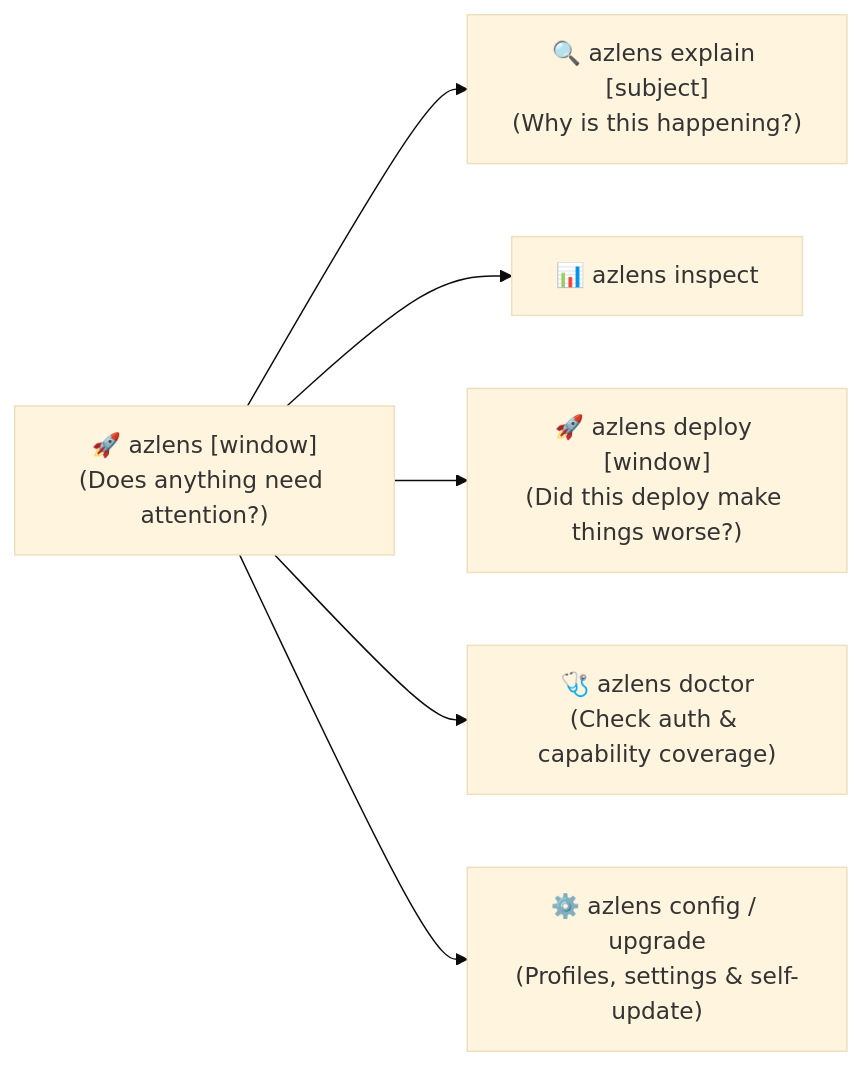
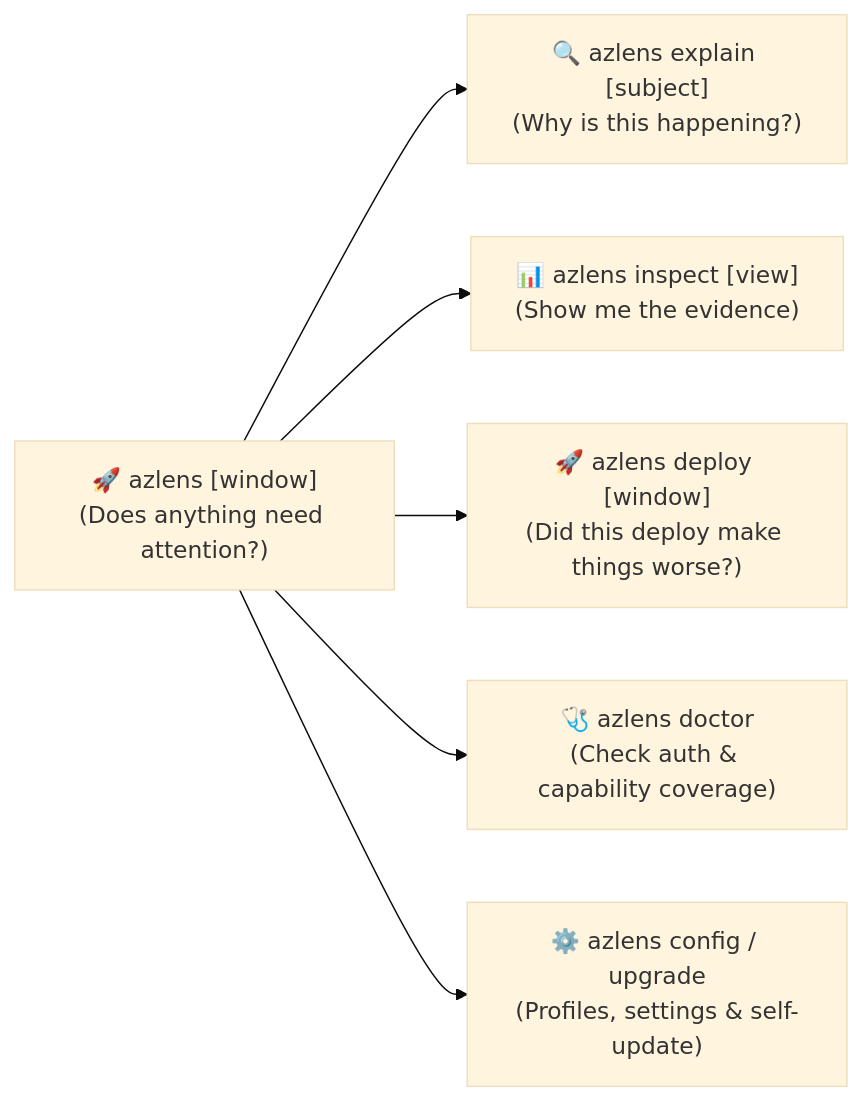
The diagram in README.md (denjamio/azlens), drawn with Mermaid (base theme) before and after one commit. The commit also changed 9 other files, not shown here.

Commit message:
fix(ci): resolve golangci-lint issues and fix README mermaid flowchart

````diff
--- a/README.md
+++ b/README.md
@@ -35,8 +35,8 @@
 ```mermaid
 flowchart LR
-    A["🚀 azlens [window]\n(Does anything need attention?)"] --> B["🔍 azlens explain [subject]\n(Why is this happening?)"]
-    A --> C["📊 azlens inspect <view>\n(Show me the evidence)"]
-    A --> D["🚀 azlens deploy [window]\n(Did this deploy make things worse?)"]
-    A --> E["🩺 azlens doctor\n(Check auth & capability coverage)"]
-    A --> F["⚙️ azlens config / upgrade\n(Profiles, settings & self-update)"]
+    A["🚀 azlens [window]<br/>(Does anything need attention?)"] --> B["🔍 azlens explain [subject]<br/>(Why is this happening?)"]
+    A --> C["📊 azlens inspect [view]<br/>(Show me the evidence)"]
+    A --> D["🚀 azlens deploy [window]<br/>(Did this deploy make things worse?)"]
+    A --> E["🩺 azlens doctor<br/>(Check auth & capability coverage)"]
+    A --> F["⚙️ azlens config / upgrade<br/>(Profiles, settings & self-update)"]
 ```
````
